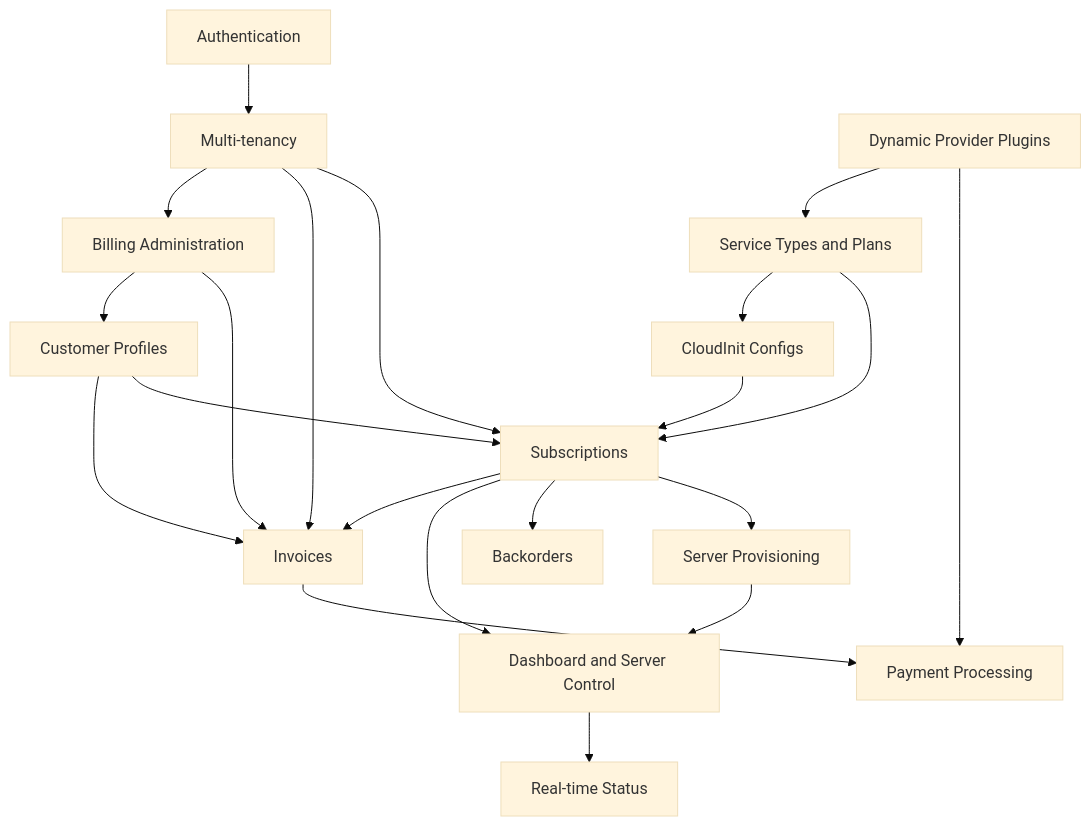
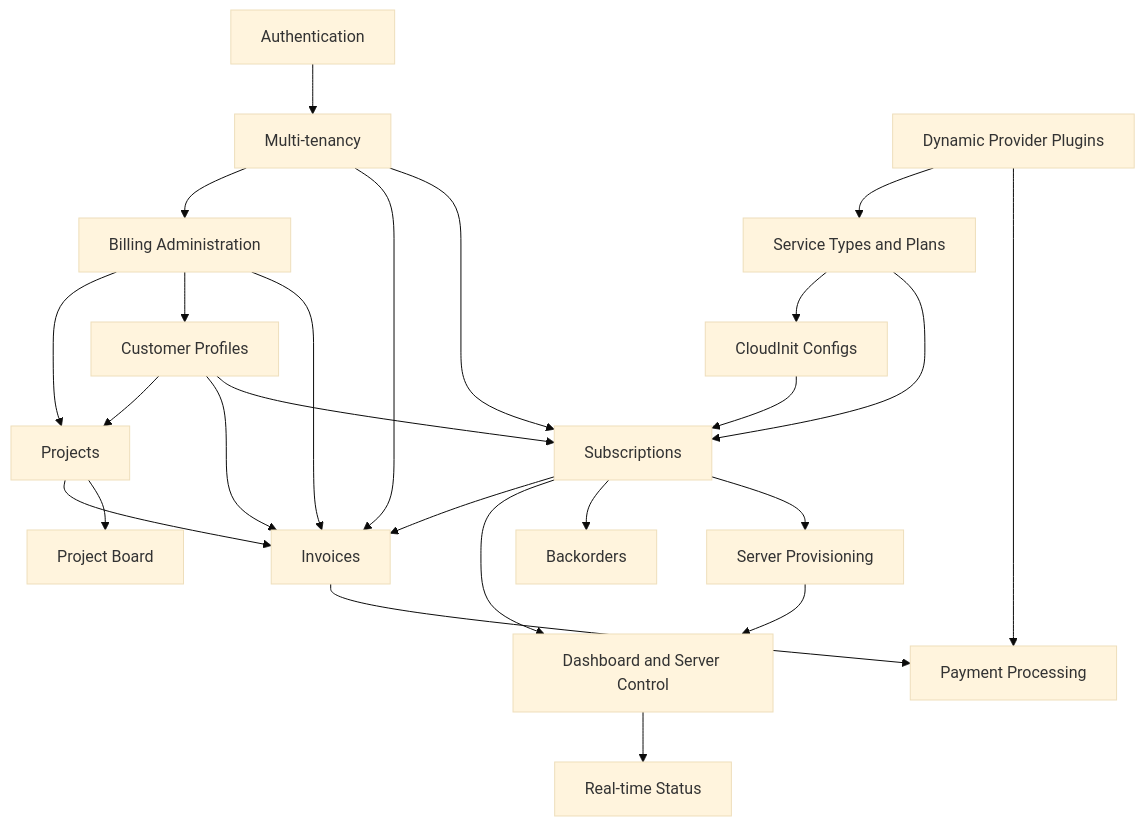
One commit to forepath/one changed the diagram in docs/decabill/features/README.md. Above: the diagram before and after it, drawn with Mermaid (base theme). The commit also changed other lines of this file and 158 other files, not shown here.

````diff
--- a/docs/decabill/features/README.md
+++ b/docs/decabill/features/README.md
@@ -184,38 +209,44 @@
 ```mermaid
 graph TB
     AUTH[Authentication]
     MT[Multi-tenancy]
     ST[Service Types and Plans]
     SUB[Subscriptions]
     CP[Customer Profiles]
     INV[Invoices]
     PP[Payment Processing]
     BA[Billing Administration]
     BO[Backorders]
     SP[Server Provisioning]
     CIC[CloudInit Configs]
     DASH[Dashboard and Server Control]
     RT[Real-time Status]
     DP[Dynamic Provider Plugins]
+    PRJ[Projects]
+    PB[Project Board]
 
     AUTH --> MT
     MT --> SUB
     MT --> INV
     MT --> BA
     ST --> SUB
     ST --> CIC
     CIC --> SUB
     CP --> SUB
     CP --> INV
     SUB --> SP
     SUB --> BO
     SUB --> DASH
     SP --> DASH
     DASH --> RT
     INV --> PP
     BA --> INV
     BA --> CP
     DP --> PP
     DP --> ST
     SUB --> INV
+    BA --> PRJ
+    CP --> PRJ
+    PRJ --> PB
+    PRJ --> INV
 ```
````
